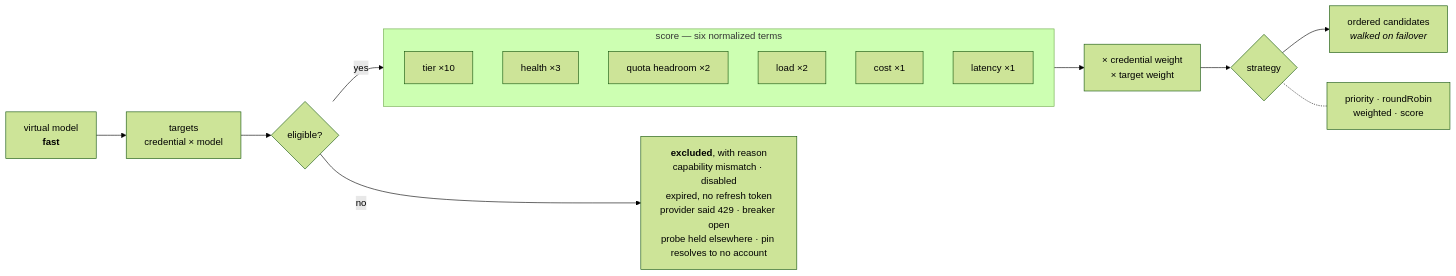
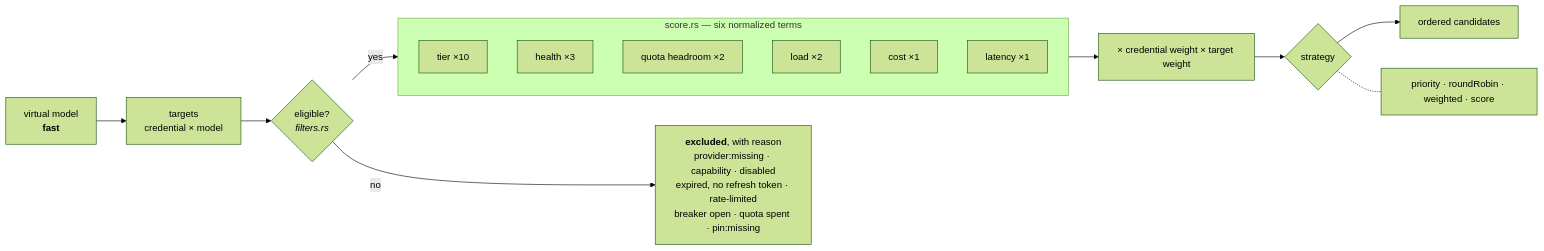
The fourth of 12 diagrams in ARCHITECTURE.md (harismawan/omnigateway), drawn with Mermaid (forest theme) before and after one commit. The commit also changed other lines of this file, not shown here.

First line of the commit message:
docs: rewrite ARCHITECTURE.md against the Rust crates

````diff
--- a/ARCHITECTURE.md
+++ b/ARCHITECTURE.md
@@ -254,23 +257,20 @@
 ```mermaid
 flowchart LR
   vm["virtual model<br/><b>fast</b>"] --> targets["targets<br/>credential × model"]
-
-  targets --> filter{eligible?}
-  filter -- no --> excl["<b>excluded</b>, with reason<br/>capability mismatch · disabled<br/>expired, no refresh token<br/>provider said 429 · breaker open<br/>probe held elsewhere · pin resolves to no account"]
+  targets --> filter{"eligible?<br/><i>filters.rs</i>"}
+  filter -- no --> excl["<b>excluded</b>, with reason<br/>provider:missing · capability · disabled<br/>expired, no refresh token · rate-limited<br/>breaker open · quota spent · pin:missing"]
   filter -- yes --> score
-
-  subgraph score["score — six normalized terms"]
+  subgraph score["score.rs — six normalized terms"]
     direction TB
     t["tier ×10"]
     h["health ×3"]
     q["quota headroom ×2"]
     l["load ×2"]
     c["cost ×1"]
     lat["latency ×1"]
   end
-
-  score --> mult["× credential weight<br/>× target weight"]
+  score --> mult["× credential weight × target weight"]
   mult --> strat{strategy}
-  strat --> out["ordered candidates<br/><i>walked on failover</i>"]
-  strat -.- opts["priority · roundRobin<br/>weighted · score"]
+  strat --> out["ordered candidates"]
+  strat -.- opts["priority · roundRobin · weighted · score"]
 ```
````
